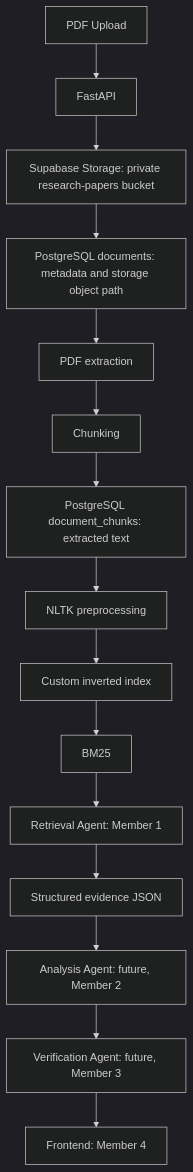
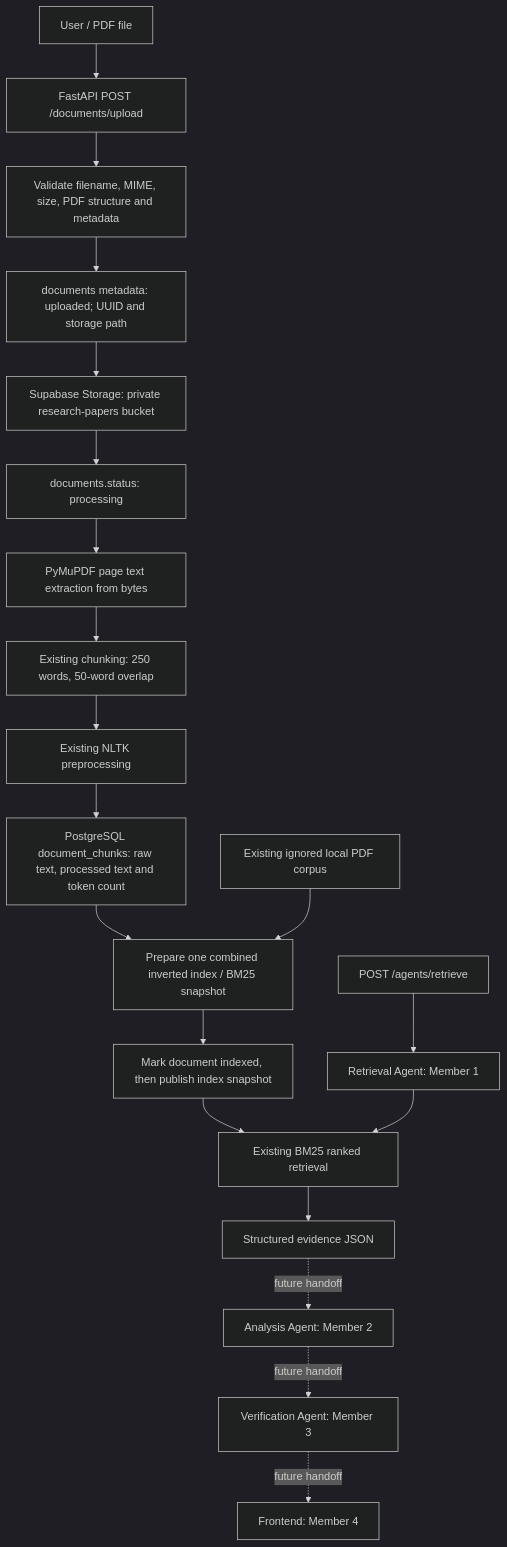
The diagram in docs/architecture.md (lakshithakalhara7/scientific-research-ai), drawn with Mermaid (dark theme) before and after one commit. The commit also changed other lines of this file and 17 other files, not shown here.

Commit message:
Integrate Supabase PDF ingestion with BM25 retrieval

````diff
--- a/docs/architecture.md
+++ b/docs/architecture.md
@@ -42,17 +10,22 @@
 ```mermaid
 flowchart TD
-    U["PDF Upload"] --> A["FastAPI"]
-    A --> S["Supabase Storage: private research-papers bucket"]
-    S --> D["PostgreSQL documents: metadata and storage object path"]
-    D --> E["PDF extraction"]
-    E --> C["Chunking"]
-    C --> T["PostgreSQL document_chunks: extracted text"]
-    T --> N["NLTK preprocessing"]
-    N --> I["Custom inverted index"]
-    I --> B["BM25"]
-    B --> R["Retrieval Agent: Member 1"]
-    R --> J["Structured evidence JSON"]
-    J --> AN["Analysis Agent: future, Member 2"]
-    AN --> V["Verification Agent: future, Member 3"]
-    V --> F["Frontend: Member 4"]
+    U["User / PDF file"] --> A["FastAPI POST /documents/upload"]
+    A --> V["Validate filename, MIME, size, PDF structure and metadata"]
+    V --> D["documents metadata: uploaded; UUID and storage path"]
+    D --> S["Supabase Storage: private research-papers bucket"]
+    S --> P["documents.status: processing"]
+    P --> E["PyMuPDF page text extraction from bytes"]
+    E --> C["Existing chunking: 250 words, 50-word overlap"]
+    C --> N["Existing NLTK preprocessing"]
+    N --> T["PostgreSQL document_chunks: raw text, processed text and token count"]
+    T --> I["Prepare one combined inverted index / BM25 snapshot"]
+    L["Existing ignored local PDF corpus"] --> I
+    I --> F["Mark document indexed, then publish index snapshot"]
+    F --> B["Existing BM25 ranked retrieval"]
+    Q["POST /agents/retrieve"] --> R["Retrieval Agent: Member 1"]
+    R --> B
+    B --> J["Structured evidence JSON"]
+    J -. future handoff .-> AN["Analysis Agent: Member 2"]
+    AN -. future handoff .-> VE["Verification Agent: Member 3"]
+    VE -. future handoff .-> FE["Frontend: Member 4"]
 ```
````
